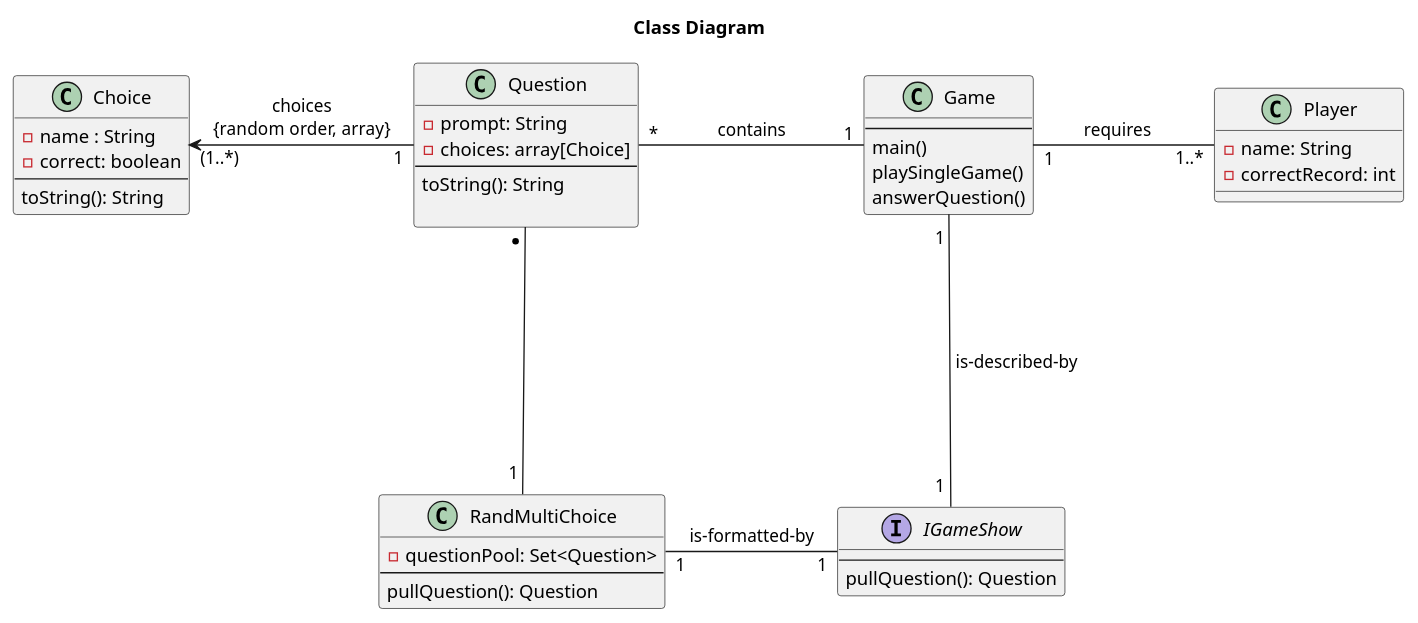
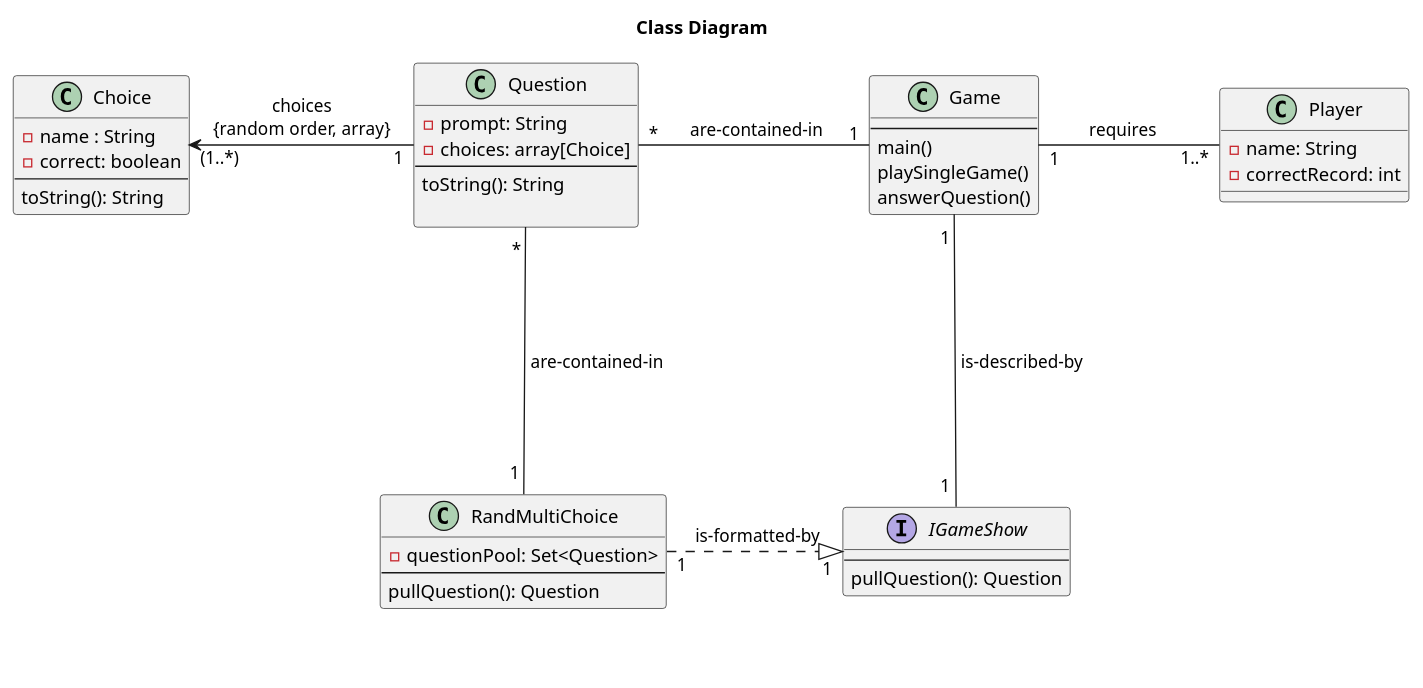
One commit to aczar09/Trivia-Game-Android changed the first of 4 diagrams in doc/design.md. Above: the diagram before and after it, drawn with PlantUML.

Commit message:
Made small edits to class diagram

````diff
--- a/doc/design.md
+++ b/doc/design.md
@@ -12,43 +12,43 @@
 ```plantuml
 title Class Diagram
 ' classes
 'skinparam classAttributeIconSize 0 
 class Game{
 --
 main()
 playSingleGame()
 answerQuestion()
 }
 class Question{
     -prompt: String
     -choices: array[Choice]
     --
     toString(): String
     
 }
 class Choice{
     -name : String
     -correct: boolean
     --
     toString(): String
 }
 class Player{
 -name: String
 -correctRecord: int
 }
 interface IGameShow{
 --
     pullQuestion(): Question
 }
-Game "1" ---left-- "*" Question : "            contains            "
+Game "1" ---left-- "*" Question : "      are-contained-in     "
 Question "\t1" -left-->"(1..*)" Choice:choices\n{random order, array}
 Game "1\t" --right-- "1..*" Player: "      requires         "
 Game "1 " -down- " 1 " IGameShow: " is-described-by"
 class RandMultiChoice{
     -questionPool: Set<Question>
     --
     pullQuestion(): Question
 }
-IGameShow"\t1" --left--"1\t" RandMultiChoice:"is-formatted-by"
-RandMultiChoice "1 "--up--"* " Question
+IGameShow"\t   1\n\n\n\n" <|..left.."1\t" RandMultiChoice:" is-formatted-by"
+RandMultiChoice "1 "--up-- " * " Question: " are-contained-in"
 ```
````
